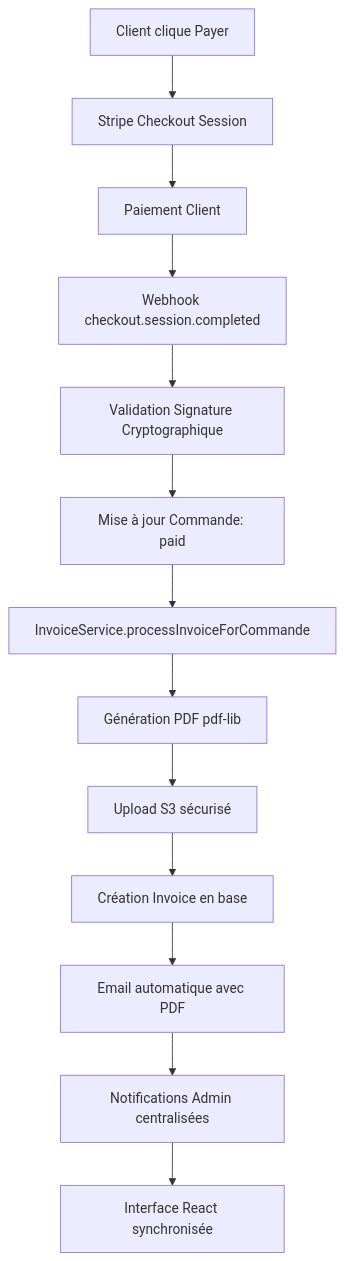
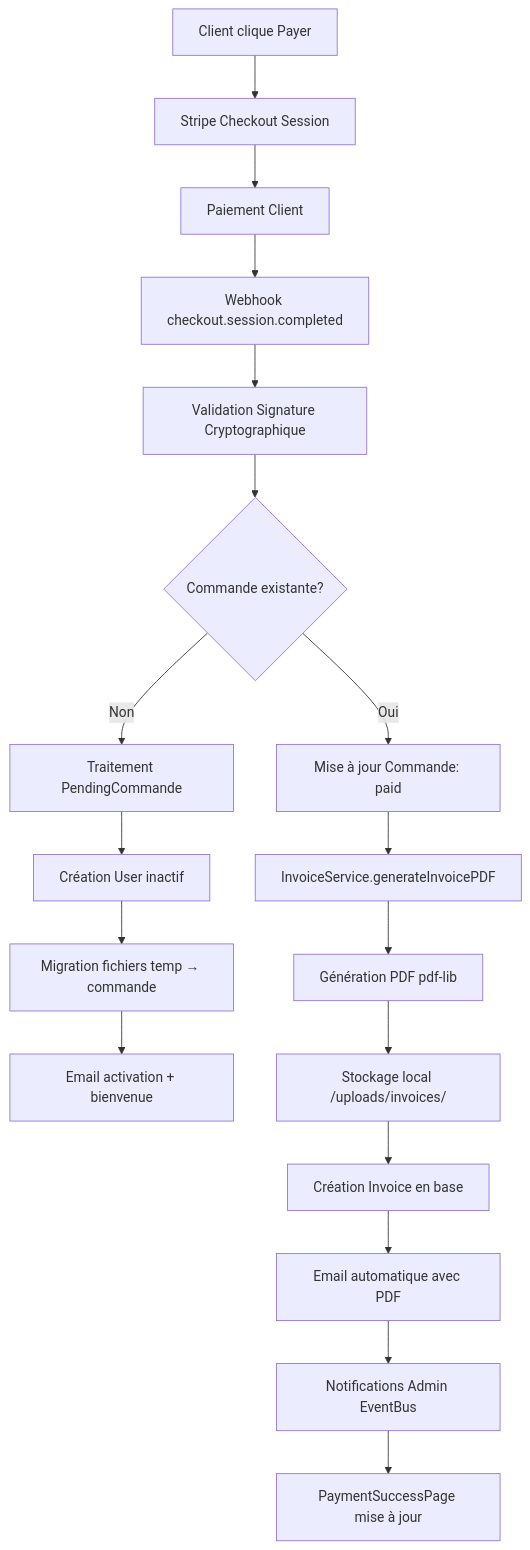
Before and after one commit to krismos64/Staka-livres: the diagram in docs/PAYMENT_INVOICE_SYSTEM_COMPLETE.md, drawn with Mermaid. The commit also changed other lines of this file, not shown here.

Commit message:
payment invoice system complete readme

````diff
--- a/docs/PAYMENT_INVOICE_SYSTEM_COMPLETE.md
+++ b/docs/PAYMENT_INVOICE_SYSTEM_COMPLETE.md
@@ -303,15 +319,20 @@
 ```mermaid
 graph TD
     A[Client clique Payer] --> B[Stripe Checkout Session]
     B --> C[Paiement Client]
     C --> D[Webhook checkout.session.completed]
     D --> E[Validation Signature Cryptographique]
-    E --> F[Mise à jour Commande: paid]
-    F --> G[InvoiceService.processInvoiceForCommande]
-    G --> H[Génération PDF pdf-lib]
-    H --> I[Upload S3 sécurisé]
-    I --> J[Création Invoice en base]
-    J --> K[Email automatique avec PDF]
-    K --> L[Notifications Admin centralisées]
-    L --> M[Interface React synchronisée]
+    E --> F{Commande existante?}
+    F -->|Oui| G[Mise à jour Commande: paid]
+    F -->|Non| H[Traitement PendingCommande]
+    H --> I[Création User inactif]
+    I --> J[Migration fichiers temp → commande]
+    J --> K[Email activation + bienvenue]
+    G --> L[InvoiceService.generateInvoicePDF]
+    L --> M[Génération PDF pdf-lib]
+    M --> N[Stockage local /uploads/invoices/]
+    N --> O[Création Invoice en base]
+    O --> P[Email automatique avec PDF]
+    P --> Q[Notifications Admin EventBus]
+    Q --> R[PaymentSuccessPage mise à jour]
 ```
````
